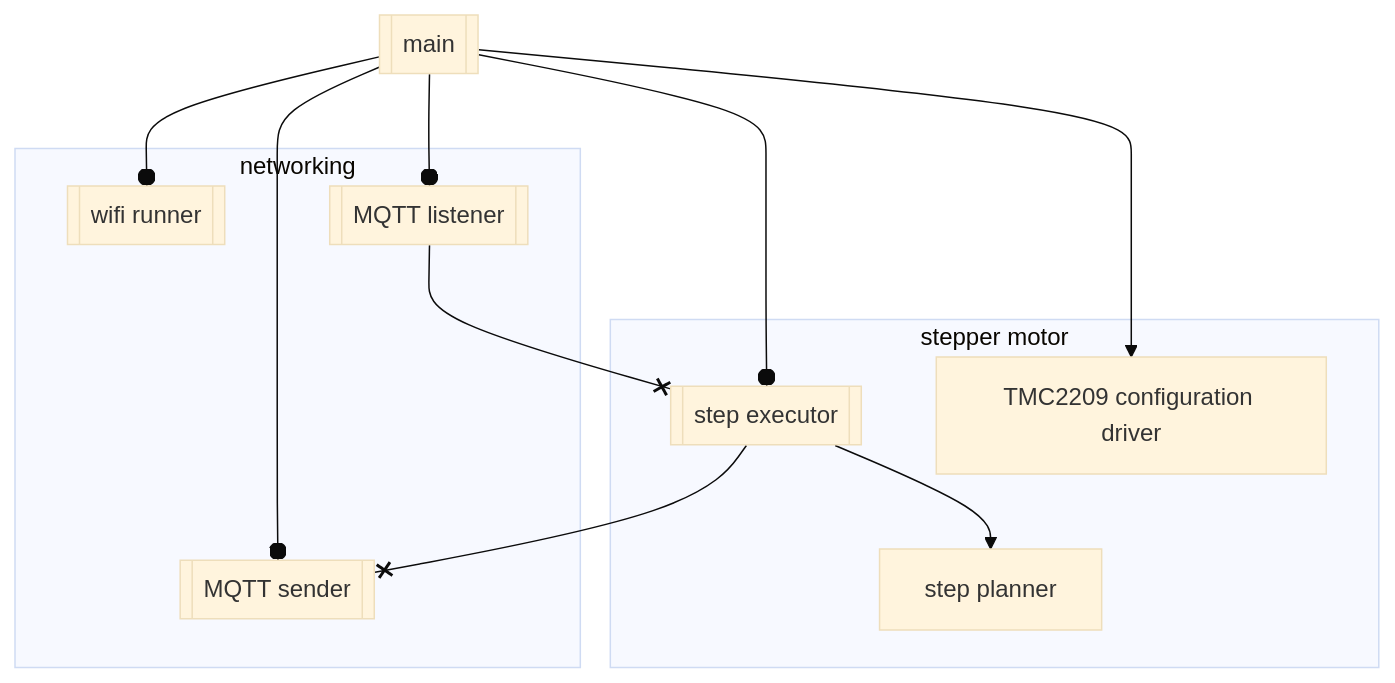
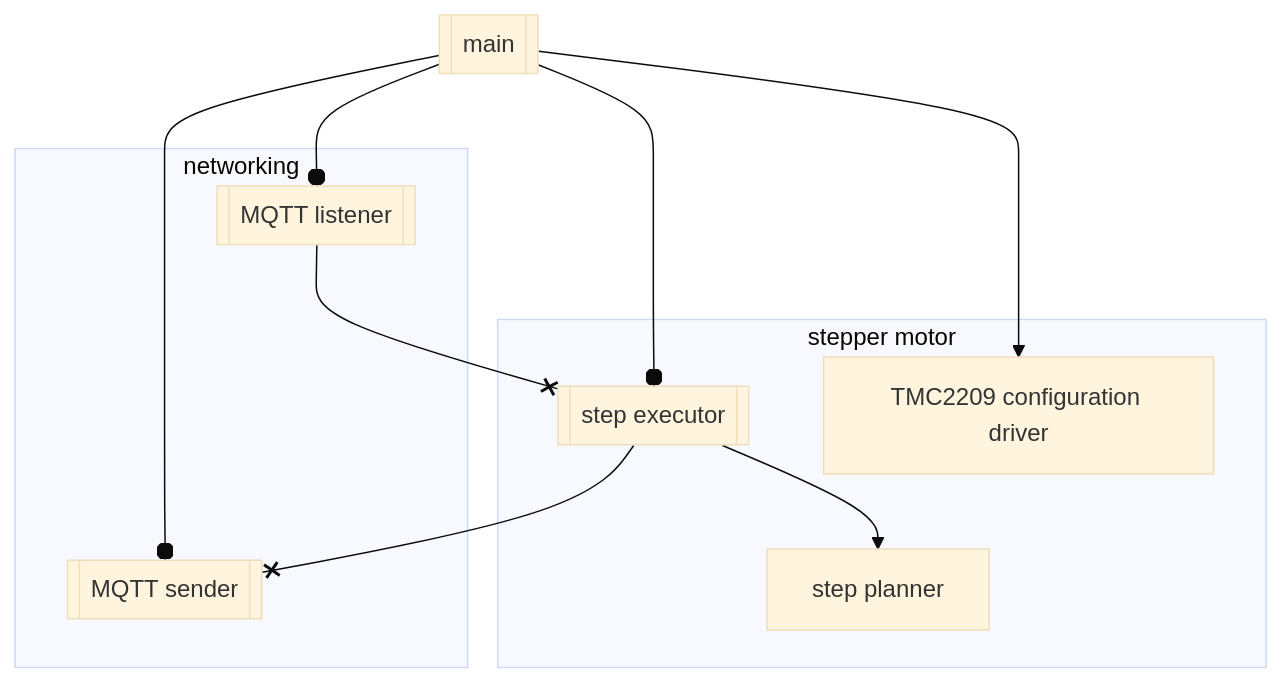
One commit to gabevenberg/crabroll changed the first of 2 diagrams in ARCHITECTURE.md. Above: the diagram before and after it, drawn with Mermaid (base theme). The commit also changed other lines of this file and 2 other files, not shown here.

````diff
--- a/ARCHITECTURE.md
+++ b/ARCHITECTURE.md
@@ -7,19 +7,17 @@
 ```mermaid
 flowchart
 main[[main]]
 main --o step_executor
-main --o wifi_runner
 main --o mqtt_listener & mqtt_sender
 subgraph stepper motor
 step_executor[[step executor]]-->step_planner[step planner]
 tmc_configurator[TMC2209 configuration driver]
 end
 subgraph networking
-wifi_runner[[wifi runner]]
 mqtt_listener[[MQTT listener]]
 mqtt_sender[[MQTT sender]]
 end
 mqtt_listener --x step_executor
 step_executor --x mqtt_sender
 main --> tmc_configurator
 ```
````
